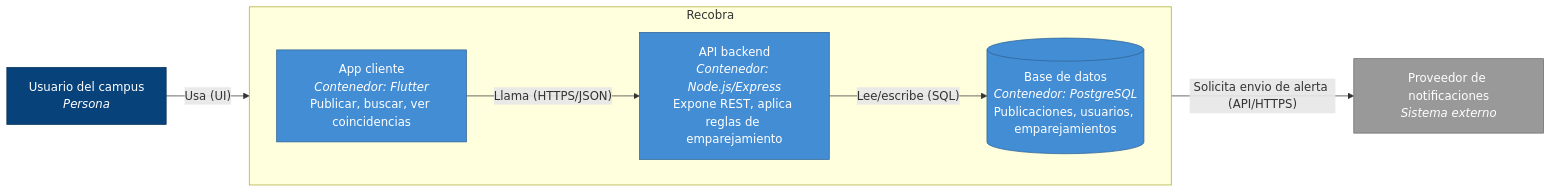
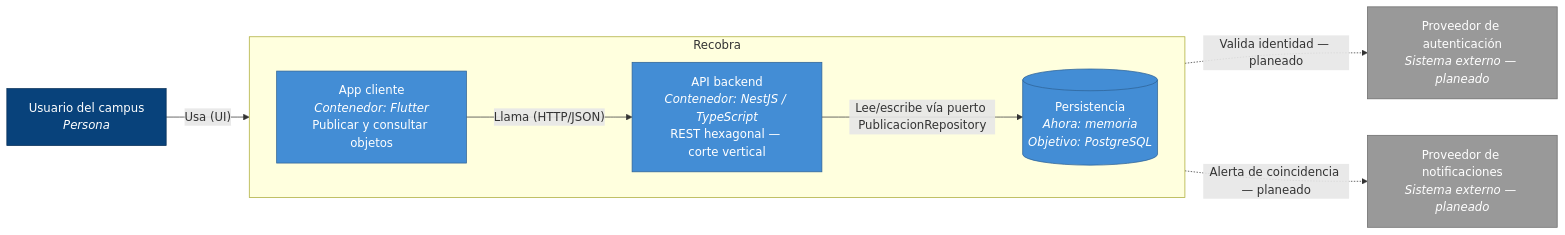
The second of 2 diagrams in docs/c4/README.md (ISCOUTB/AS_202620_Recobra), drawn with Mermaid before and after one commit. The commit also changed other lines of this file and 743 other files, not shown here.

Commit message:
Correcion del backend a nest y flutter como front , mas especifico : - Backend NestJS (, , , tsconfigs, ) - Cliente Flutter () - Docs (ADR-0002/0003, aspectos, C4, arc42, medicion-corte1, ia) - CI () - - Eliminación de  del tracking

````diff
--- a/docs/c4/README.md
+++ b/docs/c4/README.md
@@ -31,26 +44,27 @@
 ```mermaid
 flowchart LR
     usuario["Usuario del campus<br/><i>Persona</i>"]
+    auth["Proveedor de autenticación<br/><i>Sistema externo — planeado</i>"]
+    notif["Proveedor de notificaciones<br/><i>Sistema externo — planeado</i>"]
 
     subgraph recobra["Recobra"]
         direction LR
-        app["App cliente<br/><i>Contenedor: Flutter</i><br/>Publicar, buscar, ver coincidencias"]
-        api["API backend<br/><i>Contenedor: Node.js/Express</i><br/>Expone REST, aplica reglas de emparejamiento"]
-        db[("Base de datos<br/><i>Contenedor: PostgreSQL</i><br/>Publicaciones, usuarios, emparejamientos")]
+        app["App cliente<br/><i>Contenedor: Flutter</i><br/>Publicar y consultar objetos"]
+        api["API backend<br/><i>Contenedor: NestJS / TypeScript</i><br/>REST hexagonal — corte vertical"]
+        store[("Persistencia<br/><i>Ahora: memoria</i><br/><i>Objetivo: PostgreSQL</i>")]
     end
 
-    notif["Proveedor de notificaciones<br/><i>Sistema externo</i>"]
-
     usuario -->|"Usa (UI)"| app
-    app -->|"Llama (HTTPS/JSON)"| api
-    api -->|"Lee/escribe (SQL)"| db
-    api -->|"Solicita envio de alerta (API/HTTPS)"| notif
+    app -->|"Llama (HTTP/JSON)"| api
+    api -->|"Lee/escribe vía puerto PublicacionRepository"| store
+    api -.->|"Valida identidad — planeado"| auth
+    api -.->|"Alerta de coincidencia — planeado"| notif
 
     classDef persona fill:#08427b,color:#fff,stroke:#052e56;
     classDef contenedor fill:#438dd5,color:#fff,stroke:#2e6295;
     classDef externo fill:#999999,color:#fff,stroke:#6b6b6b;
 
     class usuario persona;
-    class app,api,db contenedor;
-    class notif externo;
+    class app,api,store contenedor;
+    class notif,auth externo;
 ```
````
